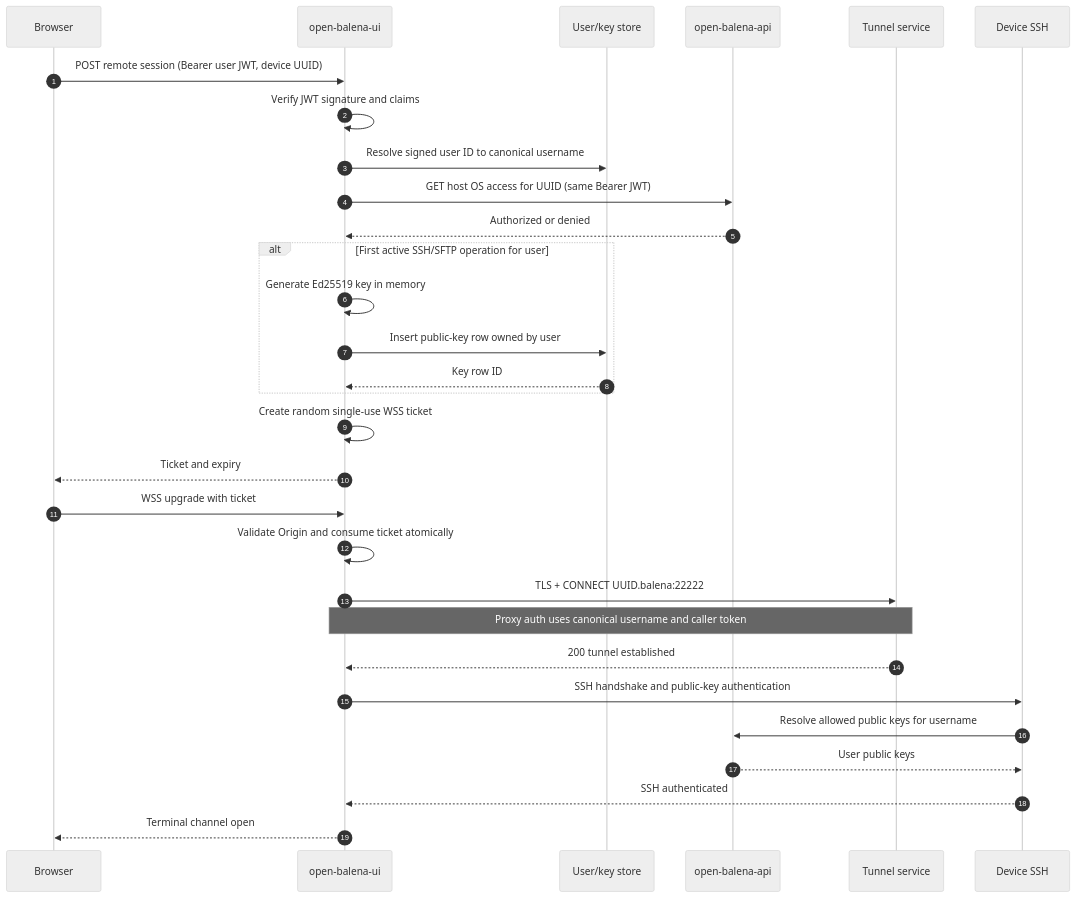
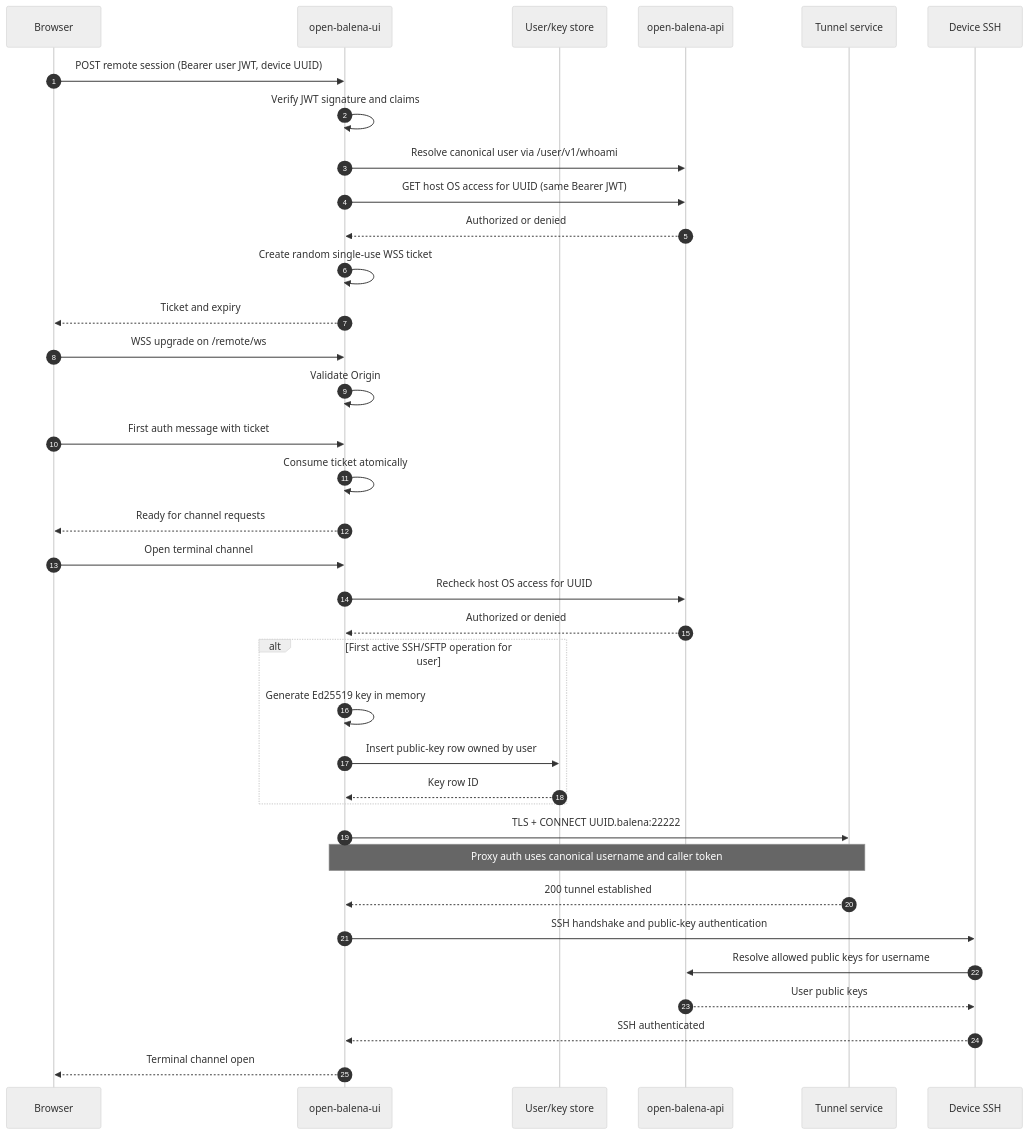
Before and after one commit to ob-community/open-balena-ui: the third of 11 diagrams in REMOTE_ACCESS_ARCHITECTURE.md, drawn with Mermaid (neutral theme). The commit also changed other lines of this file and 31 other files, not shown here.

````diff
--- a/REMOTE_ACCESS_ARCHITECTURE.md
+++ b/REMOTE_ACCESS_ARCHITECTURE.md
@@ -194,33 +194,39 @@
 ```mermaid
 sequenceDiagram
     autonumber
     participant B as Browser
     participant U as open-balena-ui
     participant DB as User/key store
     participant A as open-balena-api
     participant T as Tunnel service
     participant D as Device SSH
 
     B->>U: POST remote session (Bearer user JWT, device UUID)
     U->>U: Verify JWT signature and claims
-    U->>DB: Resolve signed user ID to canonical username
+    U->>A: Resolve canonical user via /user/v1/whoami
     U->>A: GET host OS access for UUID (same Bearer JWT)
+    A-->>U: Authorized or denied
+    U->>U: Create random single-use WSS ticket
+    U-->>B: Ticket and expiry
+    B->>U: WSS upgrade on /remote/ws
+    U->>U: Validate Origin
+    B->>U: First auth message with ticket
+    U->>U: Consume ticket atomically
+    U-->>B: Ready for channel requests
+    B->>U: Open terminal channel
+    U->>A: Recheck host OS access for UUID
     A-->>U: Authorized or denied
     alt First active SSH/SFTP operation for user
         U->>U: Generate Ed25519 key in memory
         U->>DB: Insert public-key row owned by user
         DB-->>U: Key row ID
     end
-    U->>U: Create random single-use WSS ticket
-    U-->>B: Ticket and expiry
-    B->>U: WSS upgrade with ticket
-    U->>U: Validate Origin and consume ticket atomically
     U->>T: TLS + CONNECT UUID.balena:22222
     Note over U,T: Proxy auth uses canonical username and caller token
     T-->>U: 200 tunnel established
     U->>D: SSH handshake and public-key authentication
     D->>A: Resolve allowed public keys for username
     A-->>D: User public keys
     D-->>U: SSH authenticated
     U-->>B: Terminal channel open
 ```
````
